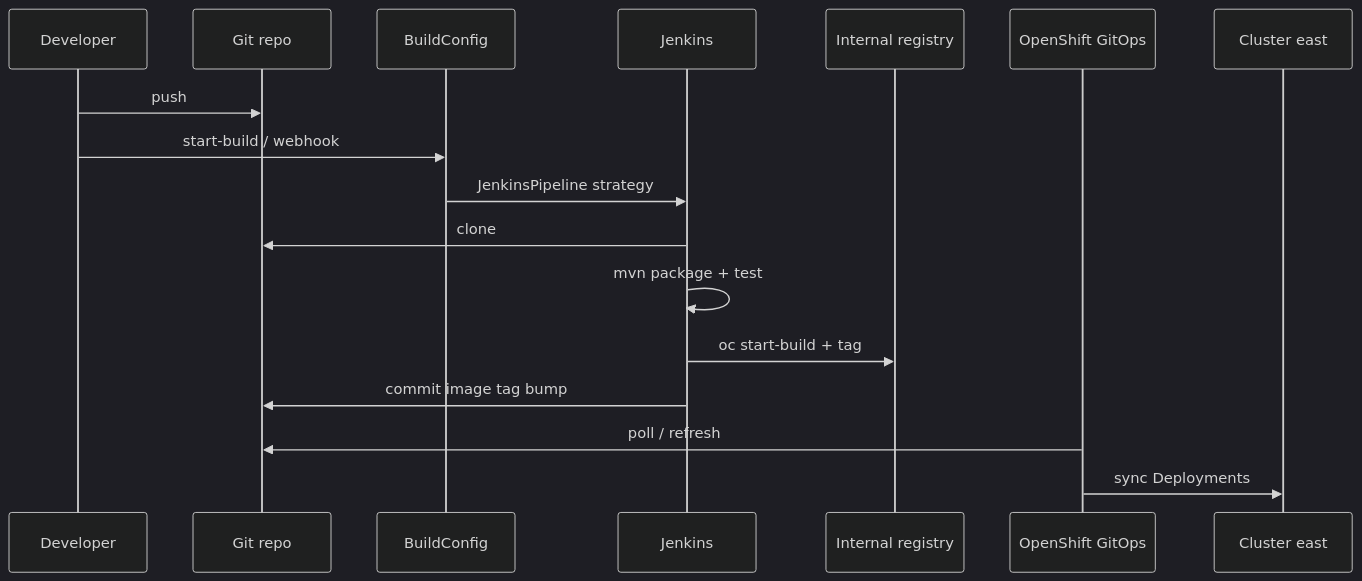
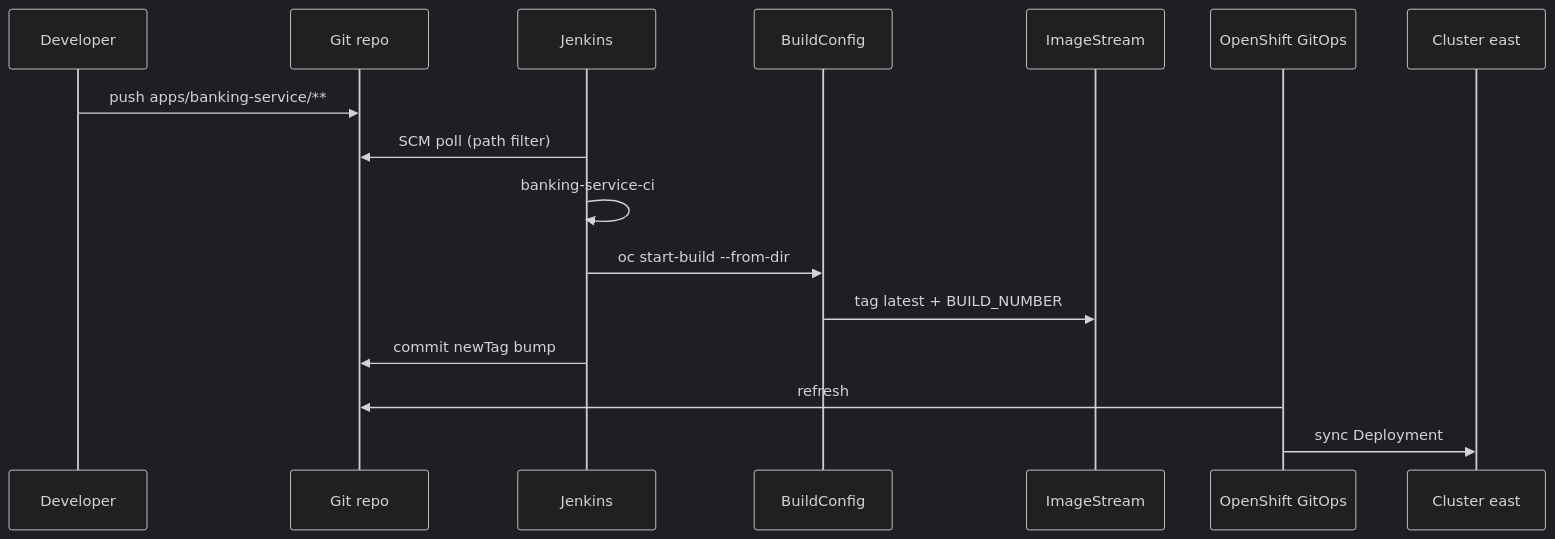
Before and after one commit to panchoraposo/demo-spring: the diagram in docs/ci-cd.md, drawn with Mermaid (dark theme). The commit also changed other lines of this file and 14 other files, not shown here.

First line of the commit message:
Add per-app Jenkins CI pipelines with GitOps image promotion.

````diff
--- a/docs/ci-cd.md
+++ b/docs/ci-cd.md
@@ -16,20 +15,19 @@
 ```mermaid
 sequenceDiagram
   participant Dev as Developer
   participant Git as Git repo
+  participant J as Jenkins
   participant BC as BuildConfig
-  participant J as Jenkins
-  participant Reg as Internal registry
+  participant Reg as ImageStream
   participant Argo as OpenShift GitOps
   participant East as Cluster east
 
-  Dev->>Git: push
-  Dev->>BC: start-build / webhook
-  BC->>J: JenkinsPipeline strategy
-  J->>Git: clone
-  J->>J: mvn package + test
-  J->>Reg: oc start-build + tag
-  J->>Git: commit image tag bump
-  Argo->>Git: poll / refresh
-  Argo->>East: sync Deployments
+  Dev->>Git: push apps/banking-service/**
+  J->>Git: SCM poll (path filter)
+  J->>J: banking-service-ci
+  J->>BC: oc start-build --from-dir
+  BC->>Reg: tag latest + BUILD_NUMBER
+  J->>Git: commit newTag bump
+  Argo->>Git: refresh
+  Argo->>East: sync Deployment
 ```
````
